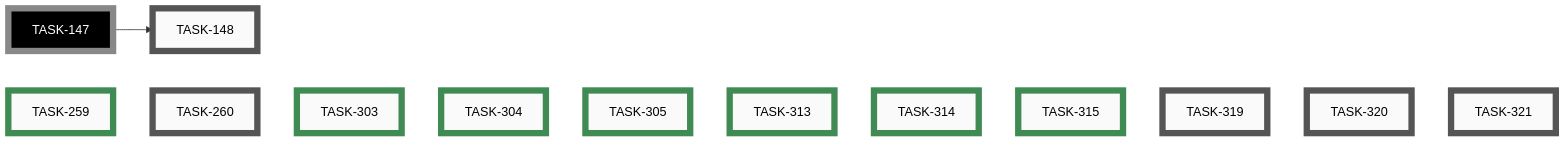
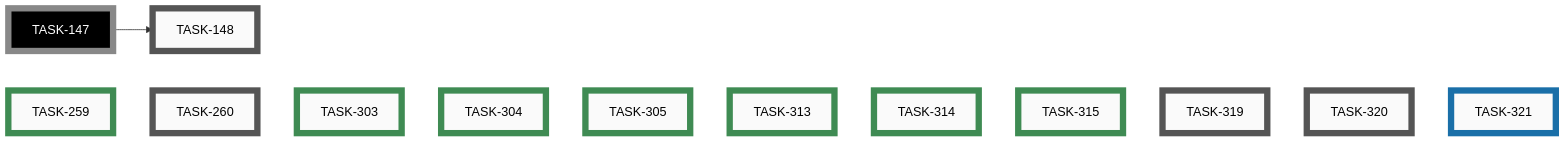
The seventh of 7 diagrams in docs/developers/tasks/EPICS.md (tgd1975/AwesomeStudioPedal), drawn with Mermaid before and after one commit. The commit also changed other lines of this file and 9 other files, not shown here.

````diff
--- a/docs/developers/tasks/EPICS.md
+++ b/docs/developers/tasks/EPICS.md
@@ -242,38 +242,38 @@
 ```mermaid
 graph LR
     TASK_148["TASK-148"]:::open
     TASK_260["TASK-260"]:::open
     TASK_319["TASK-319"]:::open
     TASK_320["TASK-320"]:::open
-    TASK_321["TASK-321"]:::open
+    TASK_321["TASK-321"]:::active
     TASK_259["TASK-259"]:::closed
     TASK_303["TASK-303"]:::closed
     TASK_304["TASK-304"]:::closed
     TASK_305["TASK-305"]:::closed
     TASK_313["TASK-313"]:::closed
     TASK_314["TASK-314"]:::closed
     TASK_315["TASK-315"]:::closed
     TASK_147["TASK-147"]:::openExt
     TASK_147 --> TASK_148
     TASK_259 ~~~ TASK_260 ~~~ TASK_303 ~~~ TASK_304 ~~~ TASK_305 ~~~ TASK_313 ~~~ TASK_314 ~~~ TASK_315 ~~~ TASK_319 ~~~ TASK_320 ~~~ TASK_321
     click TASK_148 "open/task-148-reorganise-developer-documentation.md"
     click TASK_260 "open/task-260-unify-version-numbers-across-deliverables.md"
     click TASK_319 "open/task-319-remove-wireviz-precommit-block.md"
     click TASK_320 "open/task-320-remove-ble-flag-precommit-check.md"
-    click TASK_321 "open/task-321-fix-ci-failures-mermaid-clang-tidy.md"
+    click TASK_321 "active/task-321-fix-ci-failures-mermaid-clang-tidy.md"
     click TASK_259 "closed/task-259-android-app-test-protocol.md"
     click TASK_303 "closed/task-303-simulator-boots-with-demo-loaded.md"
     click TASK_304 "closed/task-304-simulator-button-no-hover-reaction.md"
     click TASK_305 "closed/task-305-add-category-field-to-ideas.md"
     click TASK_313 "closed/task-313-emoji-icons-for-idea-categories.md"
     click TASK_314 "closed/task-314-nbsp-between-icon-and-category.md"
     click TASK_315 "closed/task-315-idea-sub-file-naming-convention.md"
     classDef open    fill:#FAFAFA,stroke:#555,stroke-width:8px,color:#000
     classDef active  fill:#FAFAFA,stroke:#1A6FA8,stroke-width:8px,color:#000
     classDef closed  fill:#FAFAFA,stroke:#3F8B53,stroke-width:8px,color:#000
     classDef paused  fill:#FAFAFA,stroke:#B07810,stroke-width:8px,color:#000
     classDef openExt    fill:#000,stroke:#888,stroke-width:8px,color:#FFF
     classDef activeExt  fill:#000,stroke:#3FA9F5,stroke-width:8px,color:#FFF
     classDef closedExt  fill:#000,stroke:#7CC68A,stroke-width:8px,color:#FFF
     classDef pausedExt  fill:#000,stroke:#F0B030,stroke-width:8px,color:#FFF
 ```
````
